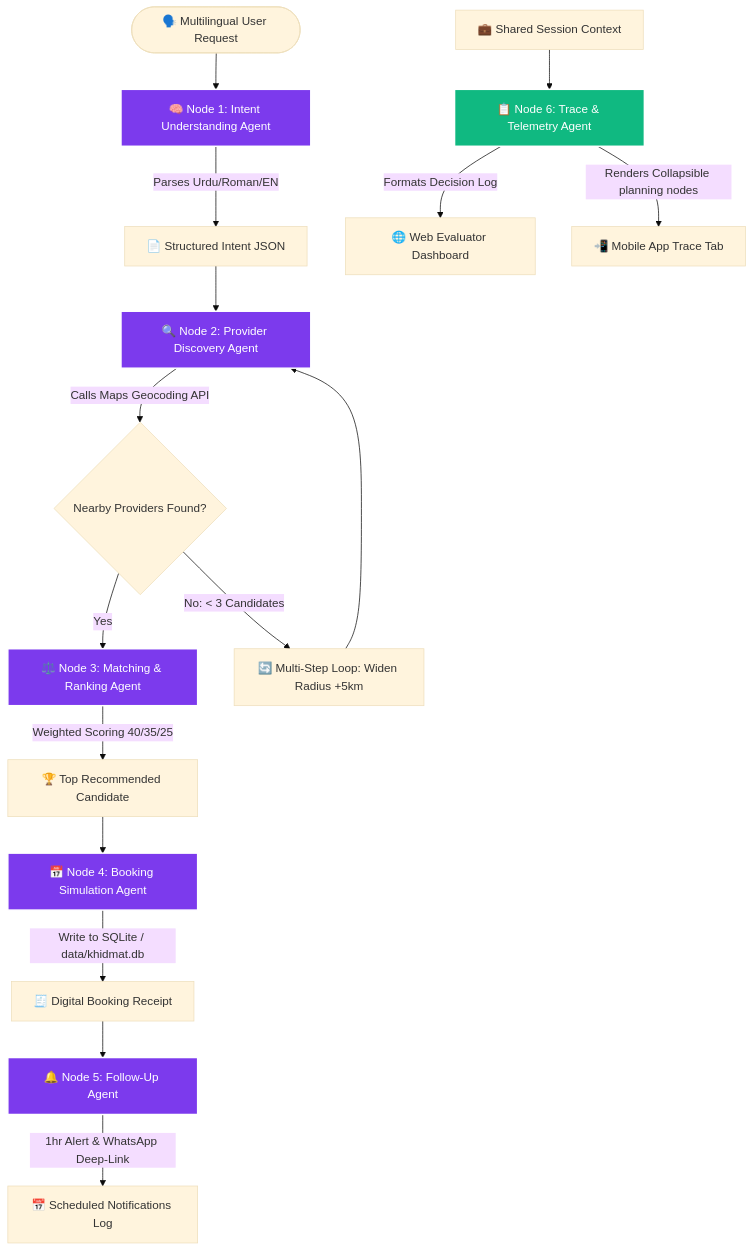
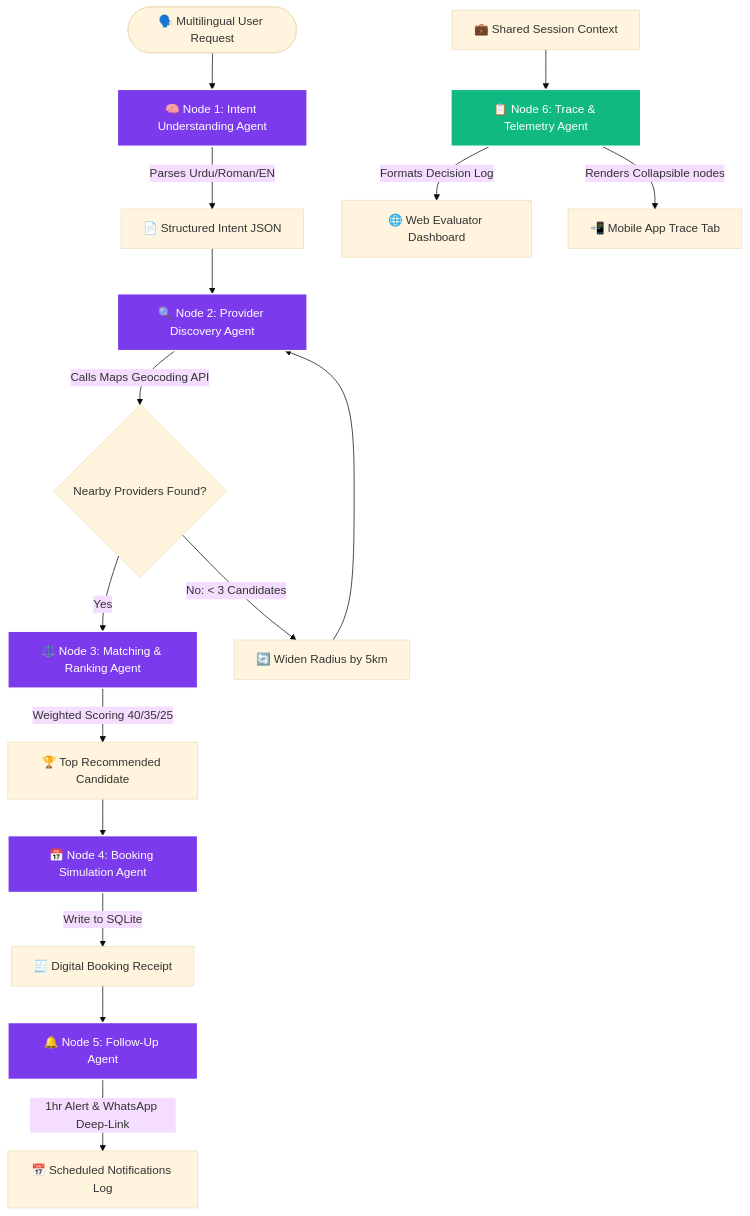
Before and after one commit to Saadia-Asghar/AISEEKHO_HACKTHON: the diagram in README.md, drawn with Mermaid (base theme).

Commit message:
Fix Mermaid syntax to enable seamless rendering on GitHub

````diff
--- a/README.md
+++ b/README.md
@@ -21,37 +21,37 @@
 ```mermaid
 graph TD
-    User([🗣️ Multilingual User Request]) --> IntentNode[🧠 Node 1: Intent Understanding Agent]
+    User(["🗣️ Multilingual User Request"]) --> IntentNode["🧠 Node 1: Intent Understanding Agent"]
     
     %% Intent NLU
-    IntentNode -->|Parses Urdu/Roman/EN| IntentJSON[📄 Structured Intent JSON]
+    IntentNode -->|Parses Urdu/Roman/EN| IntentJSON["📄 Structured Intent JSON"]
     
     %% Discovery Loop
-    IntentJSON --> DiscoverNode[🔍 Node 2: Provider Discovery Agent]
-    DiscoverNode -->|Calls Maps Geocoding API| DiscoveryFilter{Nearby Providers Found?}
-    DiscoveryFilter -->|Yes| MatcherNode[⚖️ Node 3: Matching & Ranking Agent]
-    DiscoveryFilter -->|No: < 3 Candidates| RadiusWiden[🔄 Multi-Step Loop: Widen Radius +5km]
+    IntentJSON --> DiscoverNode["🔍 Node 2: Provider Discovery Agent"]
+    DiscoverNode -->|Calls Maps Geocoding API| DiscoveryFilter{"Nearby Providers Found?"}
+    DiscoveryFilter -->|Yes| MatcherNode["⚖️ Node 3: Matching & Ranking Agent"]
+    DiscoveryFilter -->|No: < 3 Candidates| RadiusWiden["🔄 Widen Radius by 5km"]
     RadiusWiden --> DiscoverNode
     
     %% Matcher Scoring
-    MatcherNode -->|Weighted Scoring 40/35/25| TopCandidate[🏆 Top Recommended Candidate]
+    MatcherNode -->|Weighted Scoring 40/35/25| TopCandidate["🏆 Top Recommended Candidate"]
     
     %% Booking & Action Simulation
-    TopCandidate --> BookingNode[📅 Node 4: Booking Simulation Agent]
-    BookingNode -->|Write to SQLite / data/khidmat.db| BookingReceipt[🧾 Digital Booking Receipt]
+    TopCandidate --> BookingNode["📅 Node 4: Booking Simulation Agent"]
+    BookingNode -->|Write to SQLite| BookingReceipt["🧾 Digital Booking Receipt"]
     
     %% Follow-Up Automation
-    BookingReceipt --> FollowUpNode[🔔 Node 5: Follow-Up Agent]
-    FollowUpNode -->|1hr Alert & WhatsApp Deep-Link| ScheduledTask[📅 Scheduled Notifications Log]
+    BookingReceipt --> FollowUpNode["🔔 Node 5: Follow-Up Agent"]
+    FollowUpNode -->|1hr Alert & WhatsApp Deep-Link| ScheduledTask["📅 Scheduled Notifications Log"]
     
     %% Telemetry Compiled
-    context[💼 Shared Session Context] --> TraceNode[📋 Node 6: Trace & Telemetry Agent]
-    TraceNode -->|Formats Decision Log| WebApp[🌐 Web Evaluator Dashboard]
-    TraceNode -->|Renders Collapsible planning nodes| MobileApp[📲 Mobile App Trace Tab]
+    context["💼 Shared Session Context"] --> TraceNode["📋 Node 6: Trace & Telemetry Agent"]
+    TraceNode -->|Formats Decision Log| WebApp["🌐 Web Evaluator Dashboard"]
+    TraceNode -->|Renders Collapsible nodes| MobileApp["📲 Mobile App Trace Tab"]
 
     style IntentNode fill:#7C3AED,stroke:#fff,stroke-width:2px,color:#fff
     style DiscoverNode fill:#7C3AED,stroke:#fff,stroke-width:2px,color:#fff
     style MatcherNode fill:#7C3AED,stroke:#fff,stroke-width:2px,color:#fff
     style BookingNode fill:#7C3AED,stroke:#fff,stroke-width:2px,color:#fff
     style FollowUpNode fill:#7C3AED,stroke:#fff,stroke-width:2px,color:#fff
     style TraceNode fill:#10B981,stroke:#fff,stroke-width:2px,color:#fff
 ```
````
